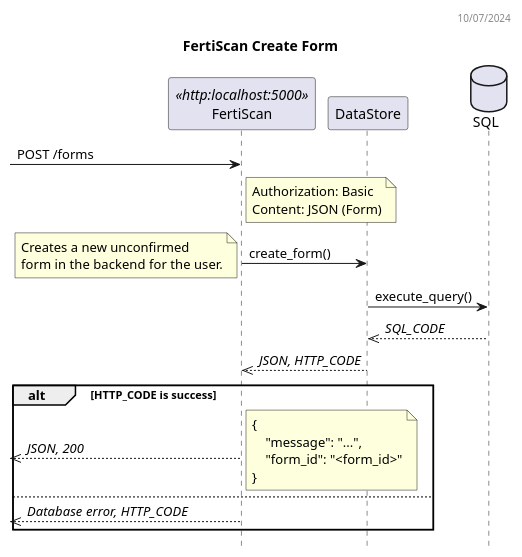
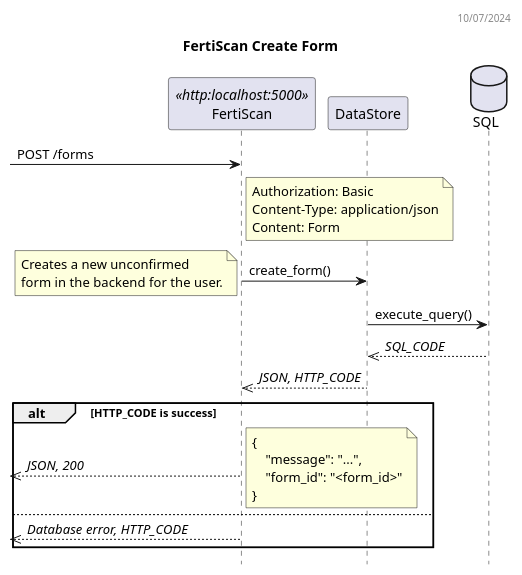
One commit to ai-cfia/fertiscan-backend changed the diagram in docs/plantuml/create_form_dss.puml. Above: the diagram before and after it, drawn with PlantUML. The commit also changed 6 other files, not shown here.

Commit message:
doc: update diagrams

```diff
--- a/docs/plantuml/create_form_dss.puml
+++ b/docs/plantuml/create_form_dss.puml
@@ -1,37 +1,38 @@
 @startuml FertiScan Sequence Diagram
 header 10/07/2024
 
 title FertiScan Create Form
 hide empty members
 hide footbox
 
 participant FertiScan as BE <<http:localhost:5000>>
 participant DataStore as DS
 database SQL as DB
 
 -> BE: POST /forms
 note right BE
   Authorization: Basic
-  Content: JSON (Form)
+  Content-Type: application/json
+  Content: Form
 end note
 BE -> DS: create_form()
 note left
     Creates a new unconfirmed
     form in the backend for the user.
 end note
 DS -> DB: execute_query()
 DS <<-- DB: //SQL_CODE//
 BE <<-- DS: //JSON, HTTP_CODE//
 alt HTTP_CODE is success
   <<-- BE: //JSON, 200//
   note right
     {
         "message": "...",
         "form_id": "<form_id>"
     }
   end note
 else
   <<-- BE: //Database error, HTTP_CODE//
 end
 
 @enduml
```
